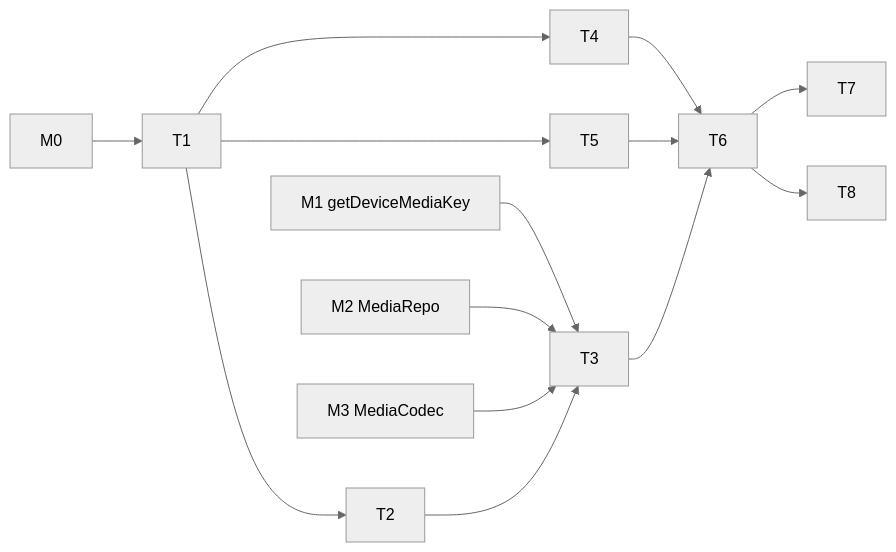
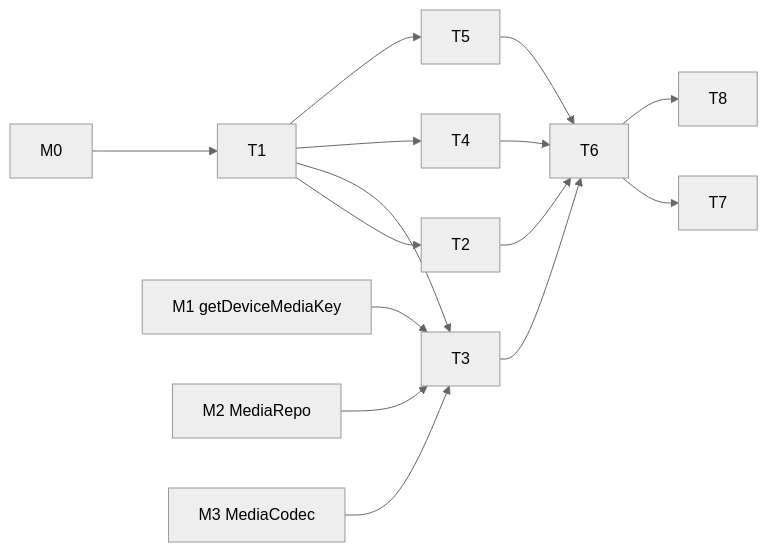
One commit to cr1992/DayZ changed the diagram in specs/active/thumbnail-cache/tasks.md. Above: the diagram before and after it, drawn with Mermaid (neutral theme). The commit also changed other lines of this file and 29 other files, not shown here.

````diff
--- a/specs/active/thumbnail-cache/tasks.md
+++ b/specs/active/thumbnail-cache/tasks.md
@@ -12,16 +12,17 @@
 ```mermaid
 graph LR
   M0[M0] --> T1
   M1[M1 getDeviceMediaKey] --> T3
   M2[M2 MediaRepo] --> T3
   M3[M3 MediaCodec] --> T3
   T1 --> T2
+  T1 --> T3
   T1 --> T4
   T1 --> T5
-  T2 --> T3
+  T2 --> T6
+  T3 --> T6
   T4 --> T6
   T5 --> T6
-  T3 --> T6
   T6 --> T7
   T6 --> T8
 ```
````
